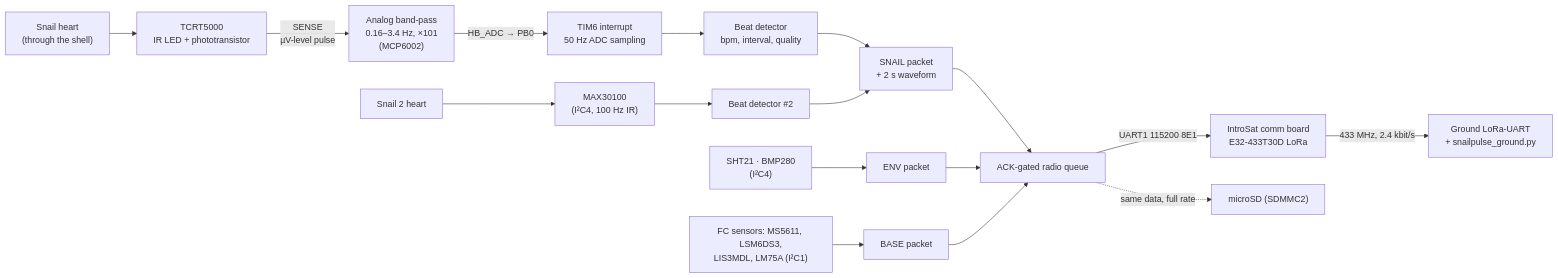
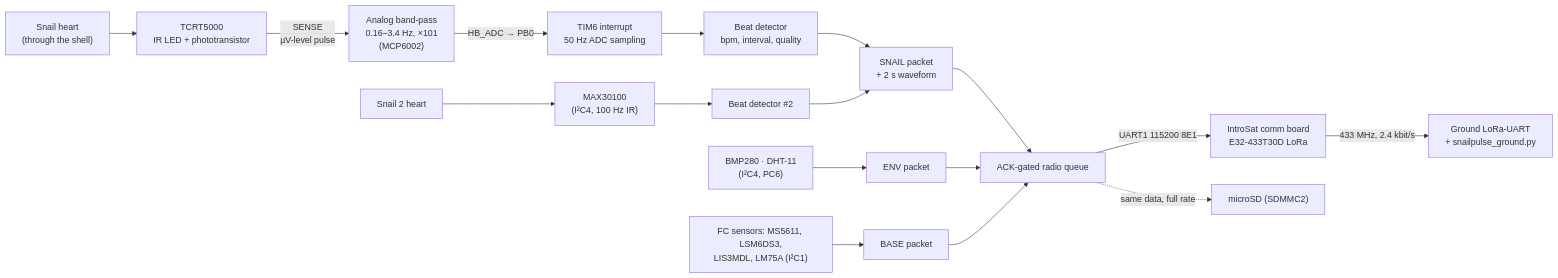
Before and after one commit to notazizelse/Orbita26: the diagram in docs/Firmware_and_Integration.md, drawn with Mermaid. The commit also changed other lines of this file and 17 other files, not shown here.

First line of the commit message:
Ignore the GY-21 (SHT21): box air from BMP280 + DHT-11 (fw 1.5); add MAX30100_Pulse

````diff
--- a/docs/Firmware_and_Integration.md
+++ b/docs/Firmware_and_Integration.md
@@ -11,17 +11,17 @@
 ```mermaid
 flowchart LR
   S["Snail heart<br/>(through the shell)"] --> T["TCRT5000<br/>IR LED + phototransistor"]
   T -->|"SENSE<br/>µV-level pulse"| A["Analog band-pass<br/>0.16–3.4 Hz, ×101<br/>(MCP6002)"]
   A -->|"HB_ADC → PB0"| ISR["TIM6 interrupt<br/>50 Hz ADC sampling"]
   ISR --> DET["Beat detector<br/>bpm, interval, quality"]
   DET --> PKT["SNAIL packet<br/>+ 2 s waveform"]
   S2["Snail 2 heart"] --> MX["MAX30100<br/>(I²C4, 100 Hz IR)"]
   MX --> DET2["Beat detector #2"]
   DET2 --> PKT
-  ENV["SHT21 · BMP280<br/>(I²C4)"] --> PKT2["ENV packet"]
+  ENV["BMP280 · DHT-11<br/>(I²C4, PC6)"] --> PKT2["ENV packet"]
   FC["FC sensors: MS5611, LSM6DS3,<br/>LIS3MDL, LM75A (I²C1)"] --> PKT3["BASE packet"]
   PKT & PKT2 & PKT3 --> Q["ACK-gated radio queue"]
   Q -->|"UART1 115200 8E1"| CB["IntroSat comm board<br/>E32-433T30D LoRa"]
   CB -->|"433 MHz, 2.4 kbit/s"| GS["Ground LoRa-UART<br/>+ snailpulse_ground.py"]
   Q -.->|"same data, full rate"| SD["microSD (SDMMC2)"]
 ```
````
